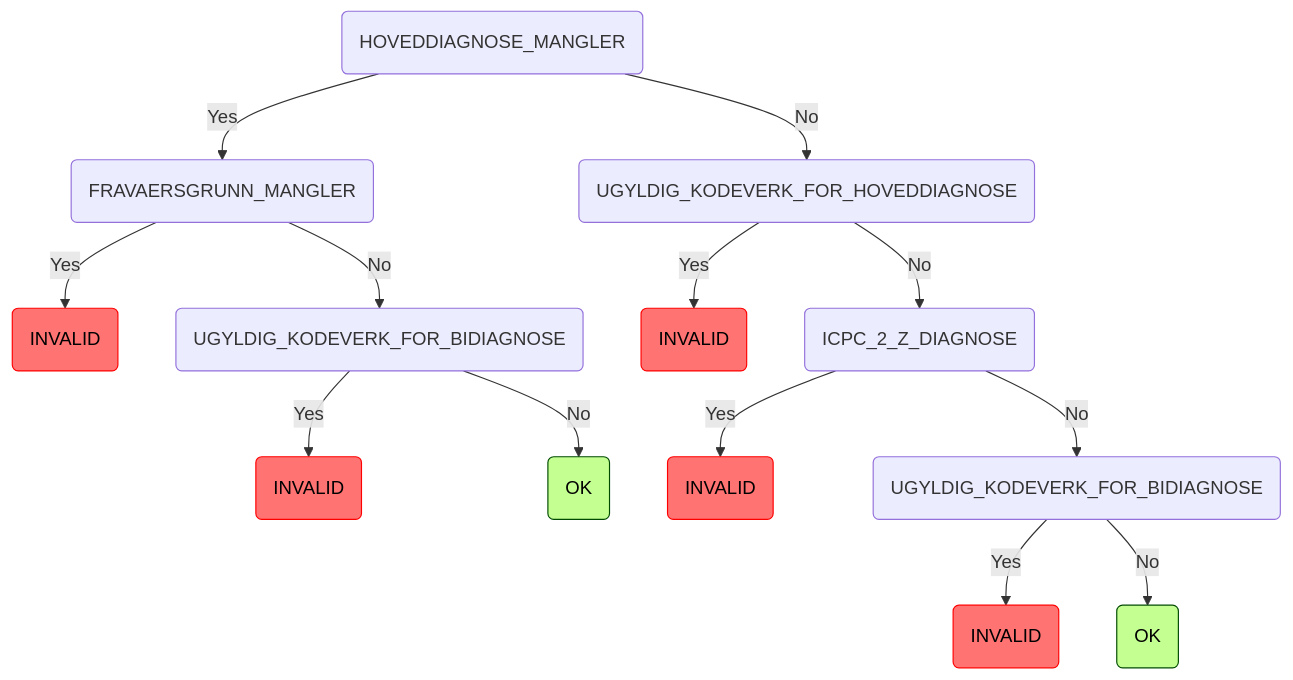
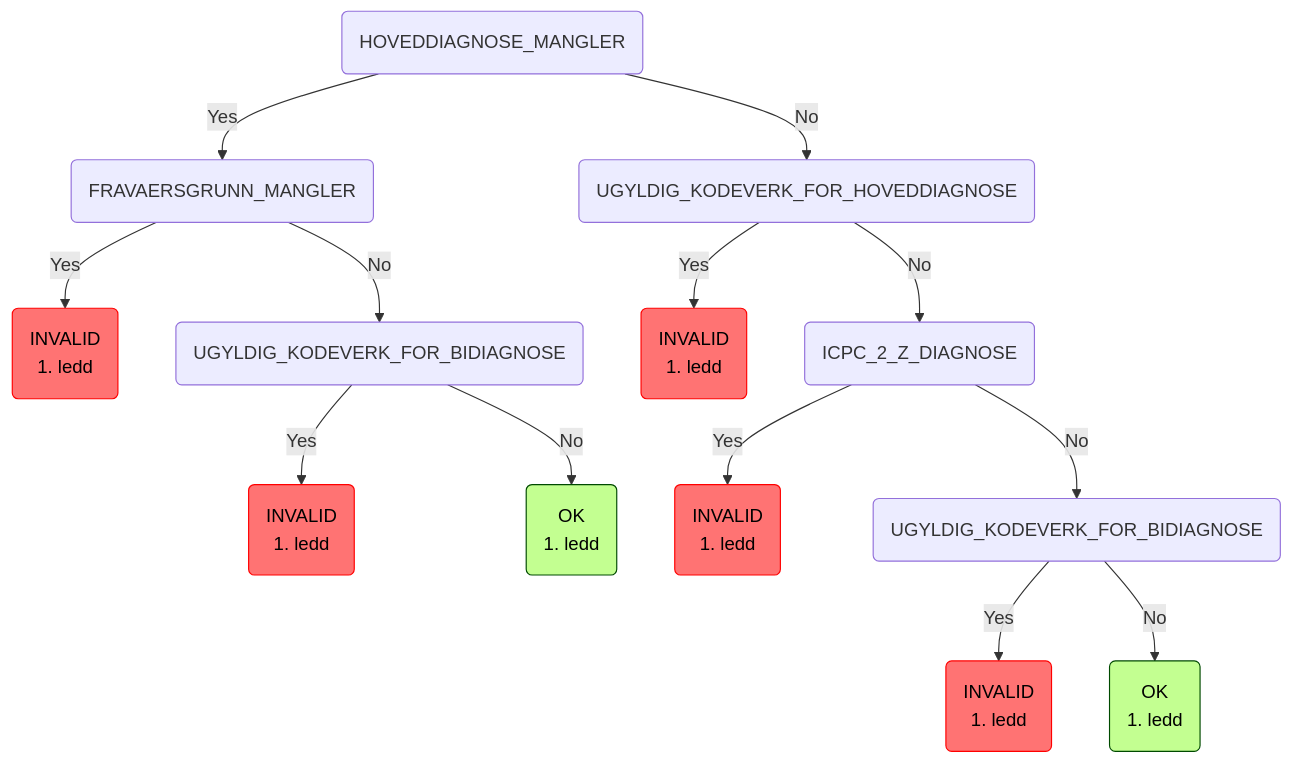
One commit to navikt/syfosmregler changed the sixth of 9 diagrams in README.md. Above: the diagram before and after it, drawn with Mermaid. The commit also changed other lines of this file and 36 other files, not shown here.

````diff
--- a/README.md
+++ b/README.md
@@ -222,18 +228,23 @@
 ```mermaid
 graph TD
     root(HOVEDDIAGNOSE_MANGLER) -->|Yes| root_HOVEDDIAGNOSE_MANGLER_FRAVAERSGRUNN_MANGLER(FRAVAERSGRUNN_MANGLER)
-    root_HOVEDDIAGNOSE_MANGLER_FRAVAERSGRUNN_MANGLER(FRAVAERSGRUNN_MANGLER) -->|Yes| root_HOVEDDIAGNOSE_MANGLER_FRAVAERSGRUNN_MANGLER_INVALID(INVALID):::invalid
+    root_HOVEDDIAGNOSE_MANGLER_FRAVAERSGRUNN_MANGLER(FRAVAERSGRUNN_MANGLER) -->|Yes| root_HOVEDDIAGNOSE_MANGLER_FRAVAERSGRUNN_MANGLER_INVALID(INVALID
+1. ledd):::invalid
     root_HOVEDDIAGNOSE_MANGLER_FRAVAERSGRUNN_MANGLER(FRAVAERSGRUNN_MANGLER) -->|No| root_HOVEDDIAGNOSE_MANGLER_FRAVAERSGRUNN_MANGLER_UGYLDIG_KODEVERK_FOR_BIDIAGNOSE(UGYLDIG_KODEVERK_FOR_BIDIAGNOSE)
-    root_HOVEDDIAGNOSE_MANGLER_FRAVAERSGRUNN_MANGLER_UGYLDIG_KODEVERK_FOR_BIDIAGNOSE(UGYLDIG_KODEVERK_FOR_BIDIAGNOSE) -->|Yes| root_HOVEDDIAGNOSE_MANGLER_FRAVAERSGRUNN_MANGLER_UGYLDIG_KODEVERK_FOR_BIDIAGNOSE_INVALID(INVALID):::invalid
-    root_HOVEDDIAGNOSE_MANGLER_FRAVAERSGRUNN_MANGLER_UGYLDIG_KODEVERK_FOR_BIDIAGNOSE(UGYLDIG_KODEVERK_FOR_BIDIAGNOSE) -->|No| root_HOVEDDIAGNOSE_MANGLER_FRAVAERSGRUNN_MANGLER_UGYLDIG_KODEVERK_FOR_BIDIAGNOSE_OK(OK):::ok
+    root_HOVEDDIAGNOSE_MANGLER_FRAVAERSGRUNN_MANGLER_UGYLDIG_KODEVERK_FOR_BIDIAGNOSE(UGYLDIG_KODEVERK_FOR_BIDIAGNOSE) -->|Yes| root_HOVEDDIAGNOSE_MANGLER_FRAVAERSGRUNN_MANGLER_UGYLDIG_KODEVERK_FOR_BIDIAGNOSE_INVALID(INVALID
+1. ledd):::invalid
+    root_HOVEDDIAGNOSE_MANGLER_FRAVAERSGRUNN_MANGLER_UGYLDIG_KODEVERK_FOR_BIDIAGNOSE(UGYLDIG_KODEVERK_FOR_BIDIAGNOSE) -->|No| root_HOVEDDIAGNOSE_MANGLER_FRAVAERSGRUNN_MANGLER_UGYLDIG_KODEVERK_FOR_BIDIAGNOSE_OK(OK <br/>1. ledd):::ok
     root(HOVEDDIAGNOSE_MANGLER) -->|No| root_HOVEDDIAGNOSE_MANGLER_UGYLDIG_KODEVERK_FOR_HOVEDDIAGNOSE(UGYLDIG_KODEVERK_FOR_HOVEDDIAGNOSE)
-    root_HOVEDDIAGNOSE_MANGLER_UGYLDIG_KODEVERK_FOR_HOVEDDIAGNOSE(UGYLDIG_KODEVERK_FOR_HOVEDDIAGNOSE) -->|Yes| root_HOVEDDIAGNOSE_MANGLER_UGYLDIG_KODEVERK_FOR_HOVEDDIAGNOSE_INVALID(INVALID):::invalid
+    root_HOVEDDIAGNOSE_MANGLER_UGYLDIG_KODEVERK_FOR_HOVEDDIAGNOSE(UGYLDIG_KODEVERK_FOR_HOVEDDIAGNOSE) -->|Yes| root_HOVEDDIAGNOSE_MANGLER_UGYLDIG_KODEVERK_FOR_HOVEDDIAGNOSE_INVALID(INVALID
+1. ledd):::invalid
     root_HOVEDDIAGNOSE_MANGLER_UGYLDIG_KODEVERK_FOR_HOVEDDIAGNOSE(UGYLDIG_KODEVERK_FOR_HOVEDDIAGNOSE) -->|No| root_HOVEDDIAGNOSE_MANGLER_UGYLDIG_KODEVERK_FOR_HOVEDDIAGNOSE_ICPC_2_Z_DIAGNOSE(ICPC_2_Z_DIAGNOSE)
-    root_HOVEDDIAGNOSE_MANGLER_UGYLDIG_KODEVERK_FOR_HOVEDDIAGNOSE_ICPC_2_Z_DIAGNOSE(ICPC_2_Z_DIAGNOSE) -->|Yes| root_HOVEDDIAGNOSE_MANGLER_UGYLDIG_KODEVERK_FOR_HOVEDDIAGNOSE_ICPC_2_Z_DIAGNOSE_INVALID(INVALID):::invalid
+    root_HOVEDDIAGNOSE_MANGLER_UGYLDIG_KODEVERK_FOR_HOVEDDIAGNOSE_ICPC_2_Z_DIAGNOSE(ICPC_2_Z_DIAGNOSE) -->|Yes| root_HOVEDDIAGNOSE_MANGLER_UGYLDIG_KODEVERK_FOR_HOVEDDIAGNOSE_ICPC_2_Z_DIAGNOSE_INVALID(INVALID
+1. ledd):::invalid
     root_HOVEDDIAGNOSE_MANGLER_UGYLDIG_KODEVERK_FOR_HOVEDDIAGNOSE_ICPC_2_Z_DIAGNOSE(ICPC_2_Z_DIAGNOSE) -->|No| root_HOVEDDIAGNOSE_MANGLER_UGYLDIG_KODEVERK_FOR_HOVEDDIAGNOSE_ICPC_2_Z_DIAGNOSE_UGYLDIG_KODEVERK_FOR_BIDIAGNOSE(UGYLDIG_KODEVERK_FOR_BIDIAGNOSE)
-    root_HOVEDDIAGNOSE_MANGLER_UGYLDIG_KODEVERK_FOR_HOVEDDIAGNOSE_ICPC_2_Z_DIAGNOSE_UGYLDIG_KODEVERK_FOR_BIDIAGNOSE(UGYLDIG_KODEVERK_FOR_BIDIAGNOSE) -->|Yes| root_HOVEDDIAGNOSE_MANGLER_UGYLDIG_KODEVERK_FOR_HOVEDDIAGNOSE_ICPC_2_Z_DIAGNOSE_UGYLDIG_KODEVERK_FOR_BIDIAGNOSE_INVALID(INVALID):::invalid
-    root_HOVEDDIAGNOSE_MANGLER_UGYLDIG_KODEVERK_FOR_HOVEDDIAGNOSE_ICPC_2_Z_DIAGNOSE_UGYLDIG_KODEVERK_FOR_BIDIAGNOSE(UGYLDIG_KODEVERK_FOR_BIDIAGNOSE) -->|No| root_HOVEDDIAGNOSE_MANGLER_UGYLDIG_KODEVERK_FOR_HOVEDDIAGNOSE_ICPC_2_Z_DIAGNOSE_UGYLDIG_KODEVERK_FOR_BIDIAGNOSE_OK(OK):::ok
+    root_HOVEDDIAGNOSE_MANGLER_UGYLDIG_KODEVERK_FOR_HOVEDDIAGNOSE_ICPC_2_Z_DIAGNOSE_UGYLDIG_KODEVERK_FOR_BIDIAGNOSE(UGYLDIG_KODEVERK_FOR_BIDIAGNOSE) -->|Yes| root_HOVEDDIAGNOSE_MANGLER_UGYLDIG_KODEVERK_FOR_HOVEDDIAGNOSE_ICPC_2_Z_DIAGNOSE_UGYLDIG_KODEVERK_FOR_BIDIAGNOSE_INVALID(INVALID
+1. ledd):::invalid
+    root_HOVEDDIAGNOSE_MANGLER_UGYLDIG_KODEVERK_FOR_HOVEDDIAGNOSE_ICPC_2_Z_DIAGNOSE_UGYLDIG_KODEVERK_FOR_BIDIAGNOSE(UGYLDIG_KODEVERK_FOR_BIDIAGNOSE) -->|No| root_HOVEDDIAGNOSE_MANGLER_UGYLDIG_KODEVERK_FOR_HOVEDDIAGNOSE_ICPC_2_Z_DIAGNOSE_UGYLDIG_KODEVERK_FOR_BIDIAGNOSE_OK(OK <br/>1. ledd):::ok
     classDef ok fill:#c3ff91,stroke:#004a00,color: black;
     classDef invalid fill:#ff7373,stroke:#ff0000,color: black;
     classDef manuell fill:#ffe24f,stroke:#ffd500,color: #473c00;
 ```
````
